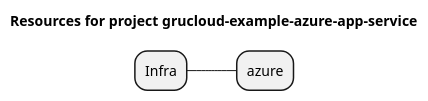
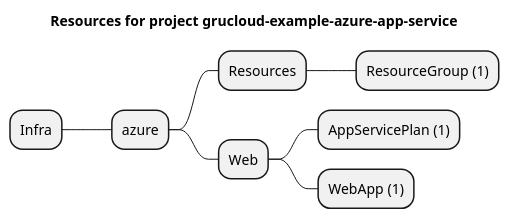
The diagram in examples/azure/Web/appService/artifacts/resources-mindmap.puml (grucloud/grucloud), drawn with PlantUML before and after one commit. The commit also changed 137 other files, not shown here.

Commit message:
az WebApp, fix diff

```diff
--- a/examples/azure/Web/appService/artifacts/resources-mindmap.puml
+++ b/examples/azure/Web/appService/artifacts/resources-mindmap.puml
@@ -1,7 +1,11 @@
 @startmindmap
 title Resources for project grucloud-example-azure-app-service
 skinparam monochrome true
 + Infra
 ++ azure
-
++++ Resources
+++++ ResourceGroup (1)
++++ Web
+++++ AppServicePlan (1)
+++++ WebApp (1)
 @endmindmap
```
